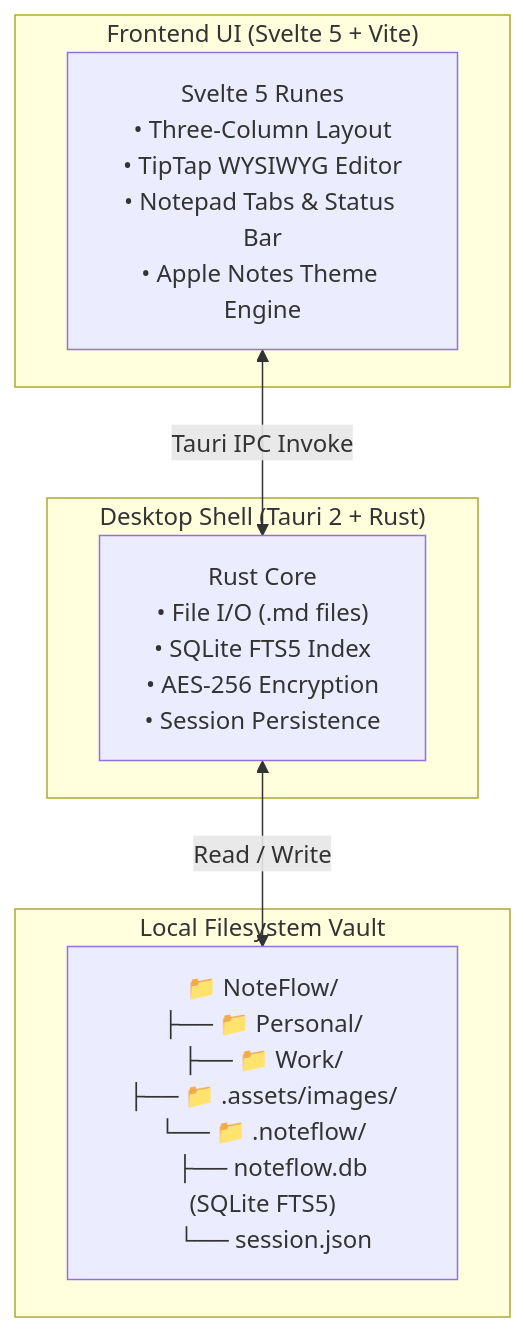
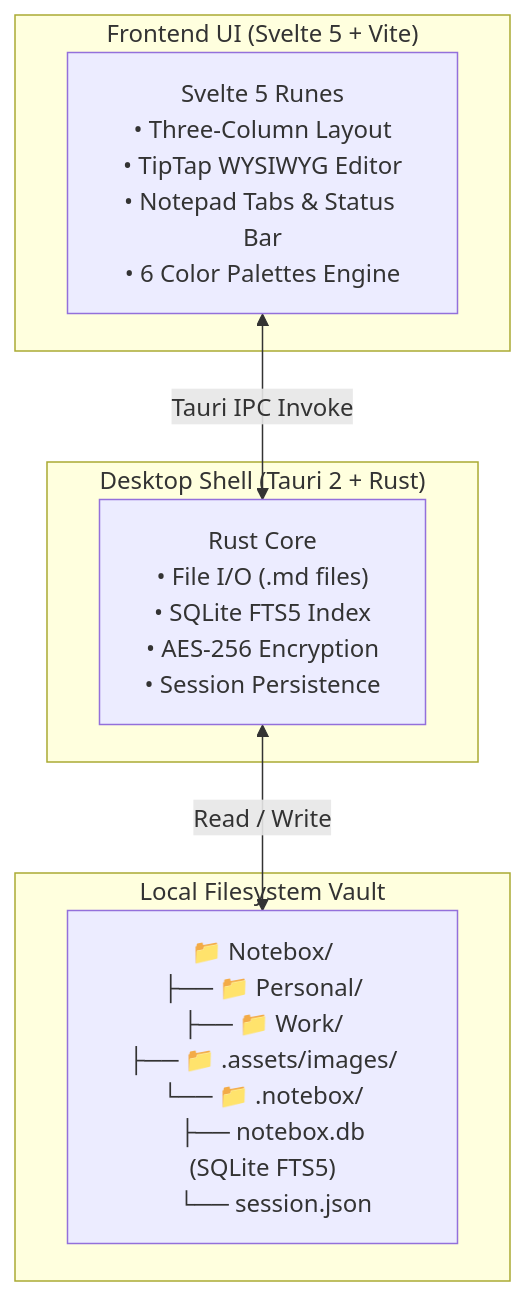
One commit to RetsardCo/Notebox changed the diagram in README.md. Above: the diagram before and after it, drawn with Mermaid. The commit also changed other lines of this file and 76 other files, not shown here.

Commit message:
Rebrand to Notebox, add 6 personalization color palettes, fix editor typing bug, update icons and migrate database

````diff
--- a/README.md
+++ b/README.md
@@ -76,17 +79,17 @@
 ```mermaid
 flowchart TD
     subgraph "Desktop Shell (Tauri 2 + Rust)"
         RUST["Rust Core<br/>• File I/O (.md files)<br/>• SQLite FTS5 Index<br/>• AES-256 Encryption<br/>• Session Persistence"]
     end
 
     subgraph "Frontend UI (Svelte 5 + Vite)"
-        SVELTE["Svelte 5 Runes<br/>• Three-Column Layout<br/>• TipTap WYSIWYG Editor<br/>• Notepad Tabs & Status Bar<br/>• Apple Notes Theme Engine"]
+        SVELTE["Svelte 5 Runes<br/>• Three-Column Layout<br/>• TipTap WYSIWYG Editor<br/>• Notepad Tabs & Status Bar<br/>• 6 Color Palettes Engine"]
     end
 
     subgraph "Local Filesystem Vault"
-        VAULT["📁 NoteFlow/<br/>├── 📁 Personal/<br/>├── 📁 Work/<br/>├── 📁 .assets/images/<br/>└── 📁 .noteflow/<br/>    ├── noteflow.db (SQLite FTS5)<br/>    └── session.json"]
+        VAULT["📁 Notebox/<br/>├── 📁 Personal/<br/>├── 📁 Work/<br/>├── 📁 .assets/images/<br/>└── 📁 .notebox/<br/>    ├── notebox.db (SQLite FTS5)<br/>    └── session.json"]
     end
 
     SVELTE <-->|"Tauri IPC Invoke"| RUST
     RUST <-->|"Read / Write"| VAULT
 ```
````
